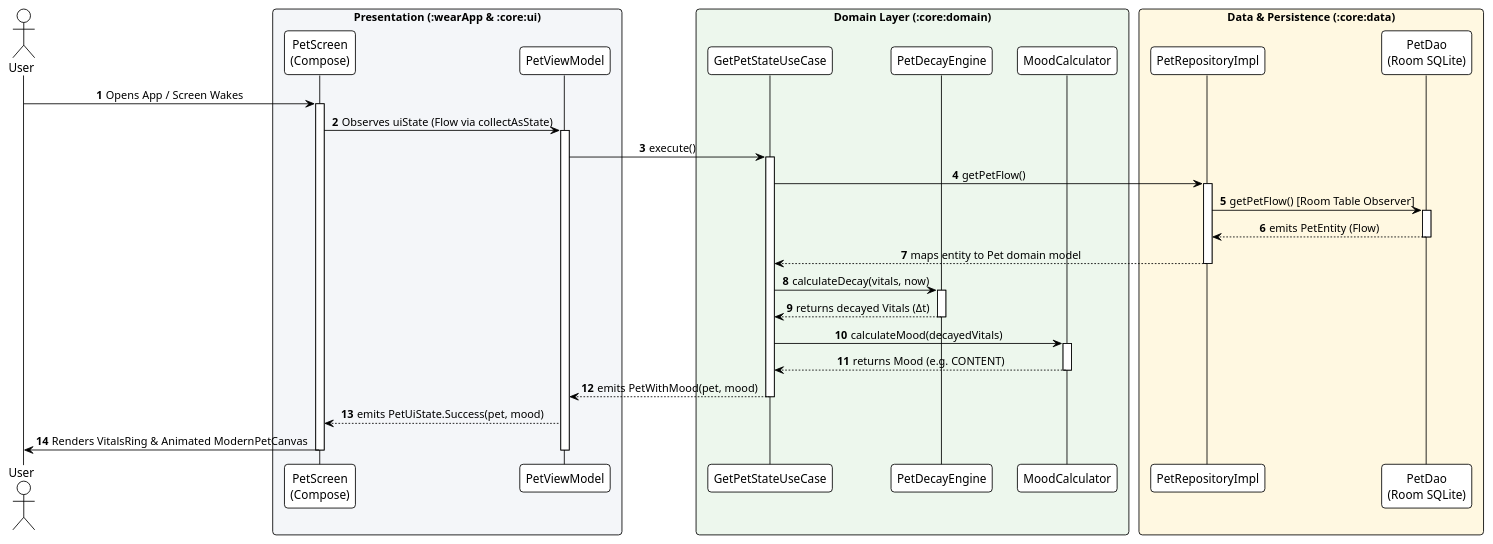
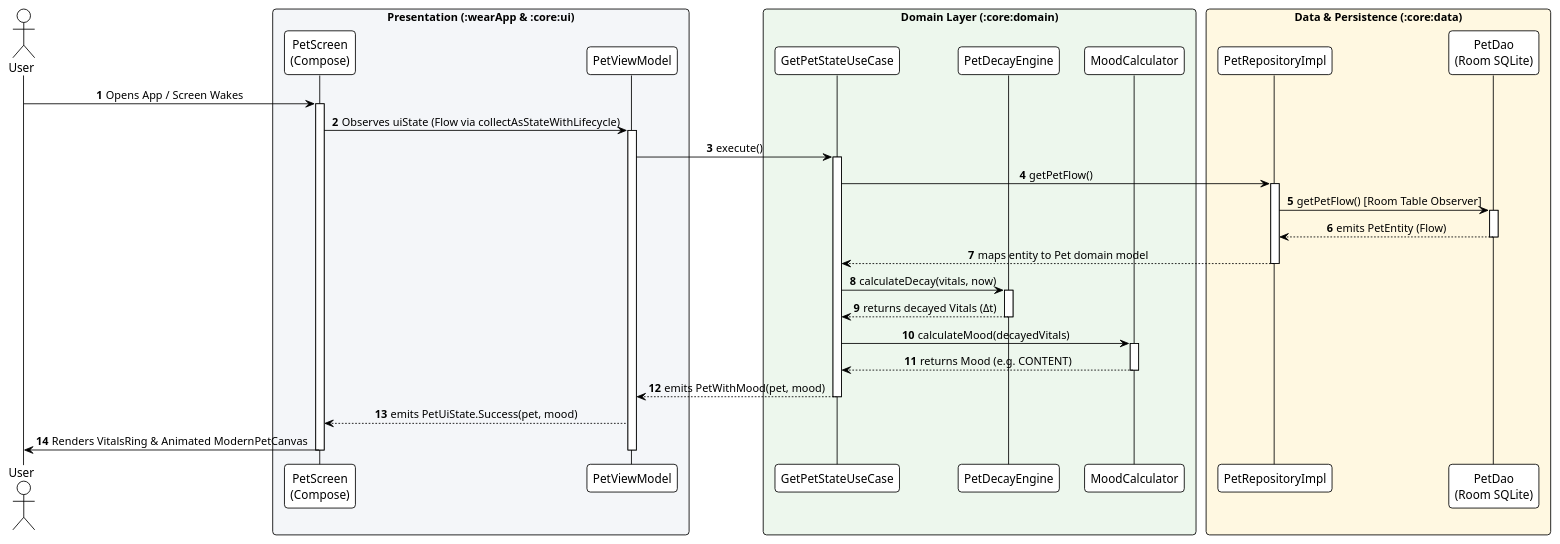
One commit to DunderGG/health-companion changed the third of 7 diagrams in docs/ARCHITECTURE.md. Above: the diagram before and after it, drawn with PlantUML. The commit also changed other lines of this file and 16 other files, not shown here.

````diff
--- a/docs/ARCHITECTURE.md
+++ b/docs/ARCHITECTURE.md
@@ -211,60 +217,60 @@
 ```plantuml
 @startuml Phase1_App_Startup_And_Observation
 !theme plain
 autonumber
 skinparam roundCorner 8
 skinparam sequenceMessageAlign center
 
 actor "User" as user
 
 box "Presentation (:wearApp & :core:ui)" #F4F6F9
     participant "PetScreen\n(Compose)" as UI
     participant "PetViewModel" as VM
 end box
 
 box "Domain Layer (:core:domain)" #EDF7ED
     participant "GetPetStateUseCase" as GetUseCase
     participant "PetDecayEngine" as DecayEngine
     participant "MoodCalculator" as MoodCalc
 end box
 
 box "Data & Persistence (:core:data)" #FFF8E1
     participant "PetRepositoryImpl" as Repo
     participant "PetDao\n(Room SQLite)" as DAO
 end box
 
 user -> UI : Opens App / Screen Wakes
 activate UI
-UI -> VM : Observes uiState (Flow via collectAsState)
+UI -> VM : Observes uiState (Flow via collectAsStateWithLifecycle)
 activate VM
 
 VM -> GetUseCase : execute()
 activate GetUseCase
 GetUseCase -> Repo : getPetFlow()
 activate Repo
 Repo -> DAO : getPetFlow() [Room Table Observer]
 activate DAO
 DAO --> Repo : emits PetEntity (Flow)
 deactivate DAO
 Repo --> GetUseCase : maps entity to Pet domain model
 deactivate Repo
 
 GetUseCase -> DecayEngine : calculateDecay(vitals, now)
 activate DecayEngine
 DecayEngine --> GetUseCase : returns decayed Vitals (Δt)
 deactivate DecayEngine
 
 GetUseCase -> MoodCalc : calculateMood(decayedVitals)
 activate MoodCalc
 MoodCalc --> GetUseCase : returns Mood (e.g. CONTENT)
 deactivate MoodCalc
 
 GetUseCase --> VM : emits PetWithMood(pet, mood)
 deactivate GetUseCase
 
 VM --> UI : emits PetUiState.Success(pet, mood)
 UI -> user : Renders VitalsRing & Animated ModernPetCanvas
 deactivate VM
 deactivate UI
 @enduml
 ```
````
